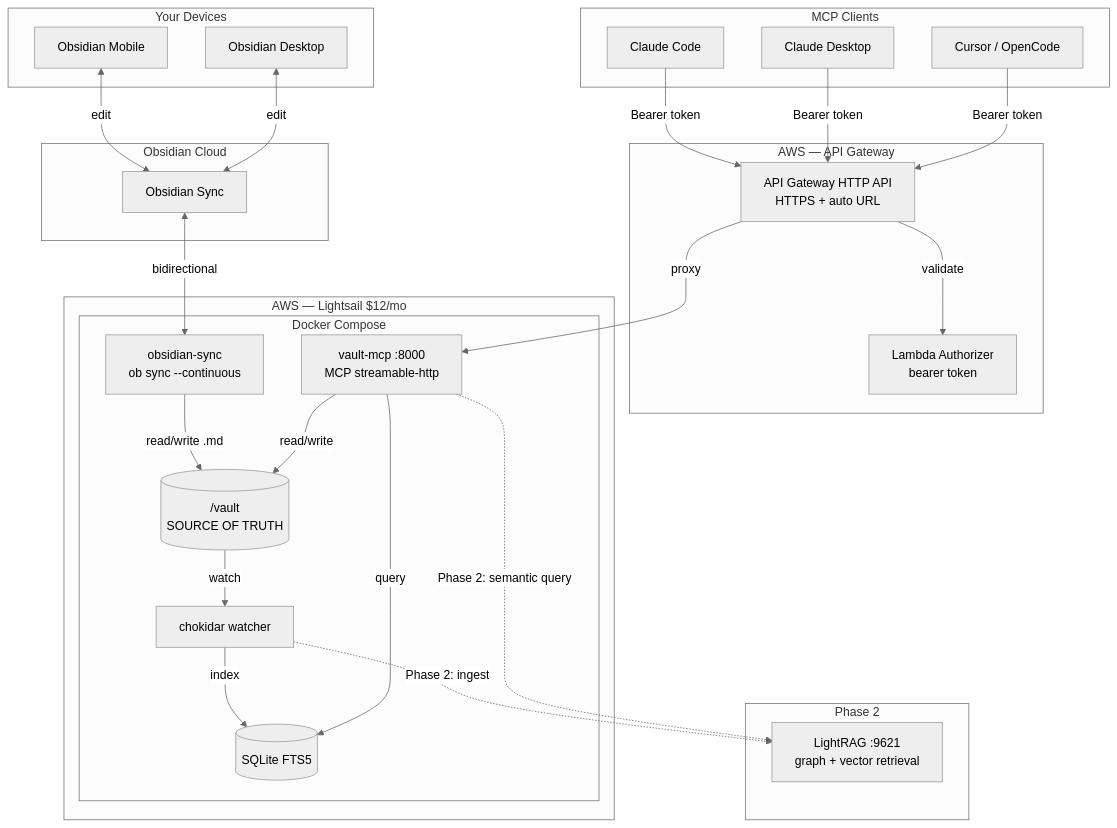
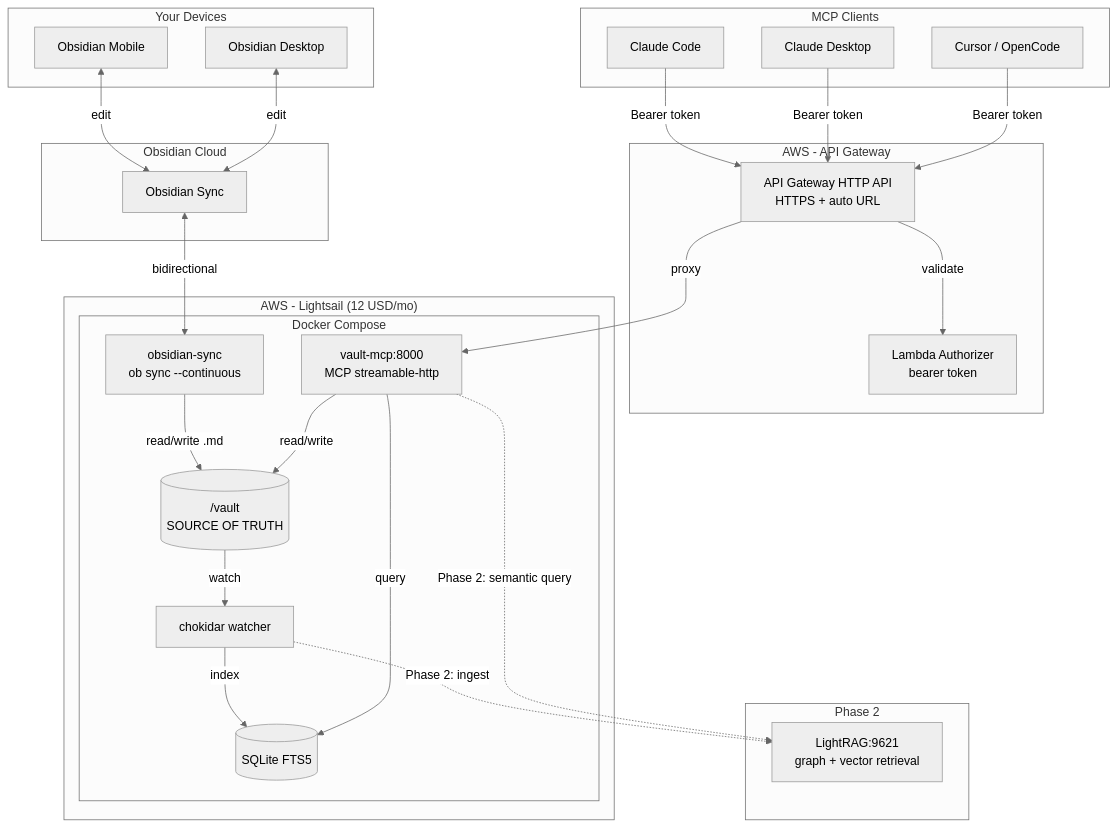
One commit to aliasunder/vault-cortex changed the diagram in ARCHITECTURE.md. Above: the diagram before and after it, drawn with Mermaid (neutral theme). The commit also changed 3 other files, not shown here.

First line of the commit message:
fix: render architecture diagram and pin Node 22

````diff
--- a/ARCHITECTURE.md
+++ b/ARCHITECTURE.md
@@ -35,52 +35,52 @@
 ```mermaid
 graph TB
-    subgraph "Your Devices"
+    subgraph devices ["Your Devices"]
         OBS_PHONE["Obsidian Mobile"]
         OBS_LAPTOP["Obsidian Desktop"]
     end
 
-    subgraph "Obsidian Cloud"
+    subgraph cloud ["Obsidian Cloud"]
         SYNC["Obsidian Sync"]
     end
 
-    subgraph "AWS — API Gateway"
+    subgraph apigw_grp ["AWS - API Gateway"]
         APIGW["API Gateway HTTP API<br/>HTTPS + auto URL"]
         AUTH_FN["Lambda Authorizer<br/>bearer token"]
         APIGW -->|validate| AUTH_FN
     end
 
-    subgraph "AWS — Lightsail $12/mo"
-        subgraph "Docker Compose"
+    subgraph lightsail ["AWS - Lightsail (12 USD/mo)"]
+        subgraph compose ["Docker Compose"]
             OB_HEADLESS["obsidian-sync<br/>ob sync --continuous"]
-            VAULT_FS[(" /vault<br/>SOURCE OF TRUTH")]
-            MCP_SERVER["vault-mcp :8000<br/>MCP streamable-http"]
+            VAULT_FS[("/vault<br/>SOURCE OF TRUTH")]
+            MCP_SERVER["vault-mcp:8000<br/>MCP streamable-http"]
             SQLITE[("SQLite FTS5")]
             WATCHER["chokidar watcher"]
         end
     end
 
-    subgraph "Phase 2"
-        LIGHTRAG["LightRAG :9621<br/>graph + vector retrieval"]
+    subgraph phase2 ["Phase 2"]
+        LIGHTRAG["LightRAG:9621<br/>graph + vector retrieval"]
     end
 
-    subgraph "MCP Clients"
+    subgraph clients ["MCP Clients"]
         CC["Claude Code"]
         CD["Claude Desktop"]
         CU["Cursor / OpenCode"]
     end
 
     OBS_PHONE <-->|edit| SYNC
     OBS_LAPTOP <-->|edit| SYNC
     SYNC <-->|bidirectional| OB_HEADLESS
     OB_HEADLESS -->|read/write .md| VAULT_FS
     VAULT_FS -->|watch| WATCHER
     WATCHER -->|index| SQLITE
     WATCHER -.->|Phase 2: ingest| LIGHTRAG
     MCP_SERVER -->|read/write| VAULT_FS
     MCP_SERVER -->|query| SQLITE
     MCP_SERVER -.->|Phase 2: semantic query| LIGHTRAG
     CC -->|Bearer token| APIGW
     CD -->|Bearer token| APIGW
     CU -->|Bearer token| APIGW
     APIGW -->|proxy| MCP_SERVER
 ```
````
